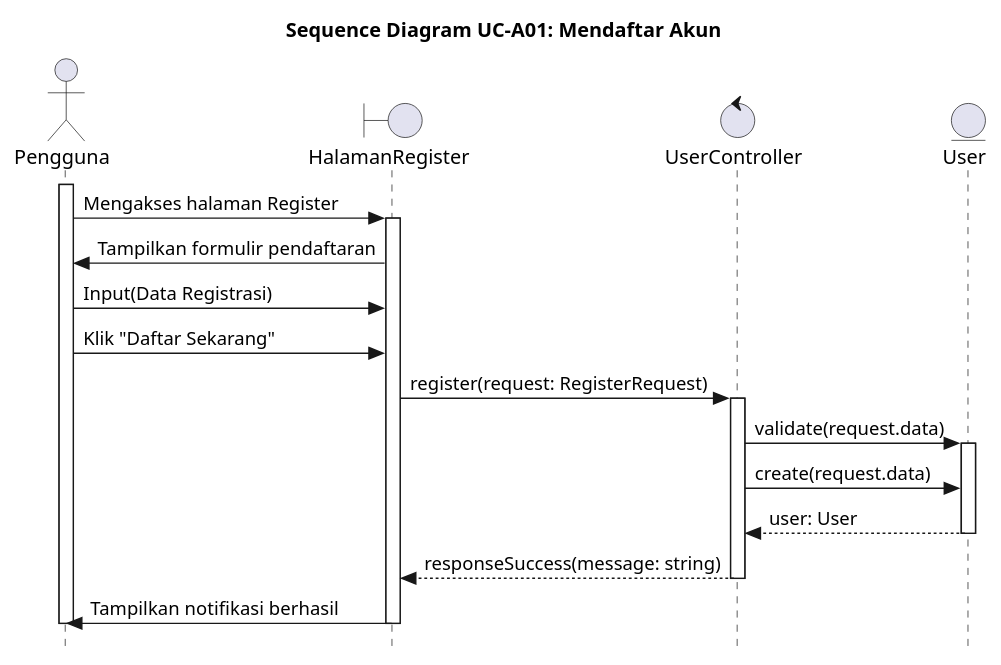
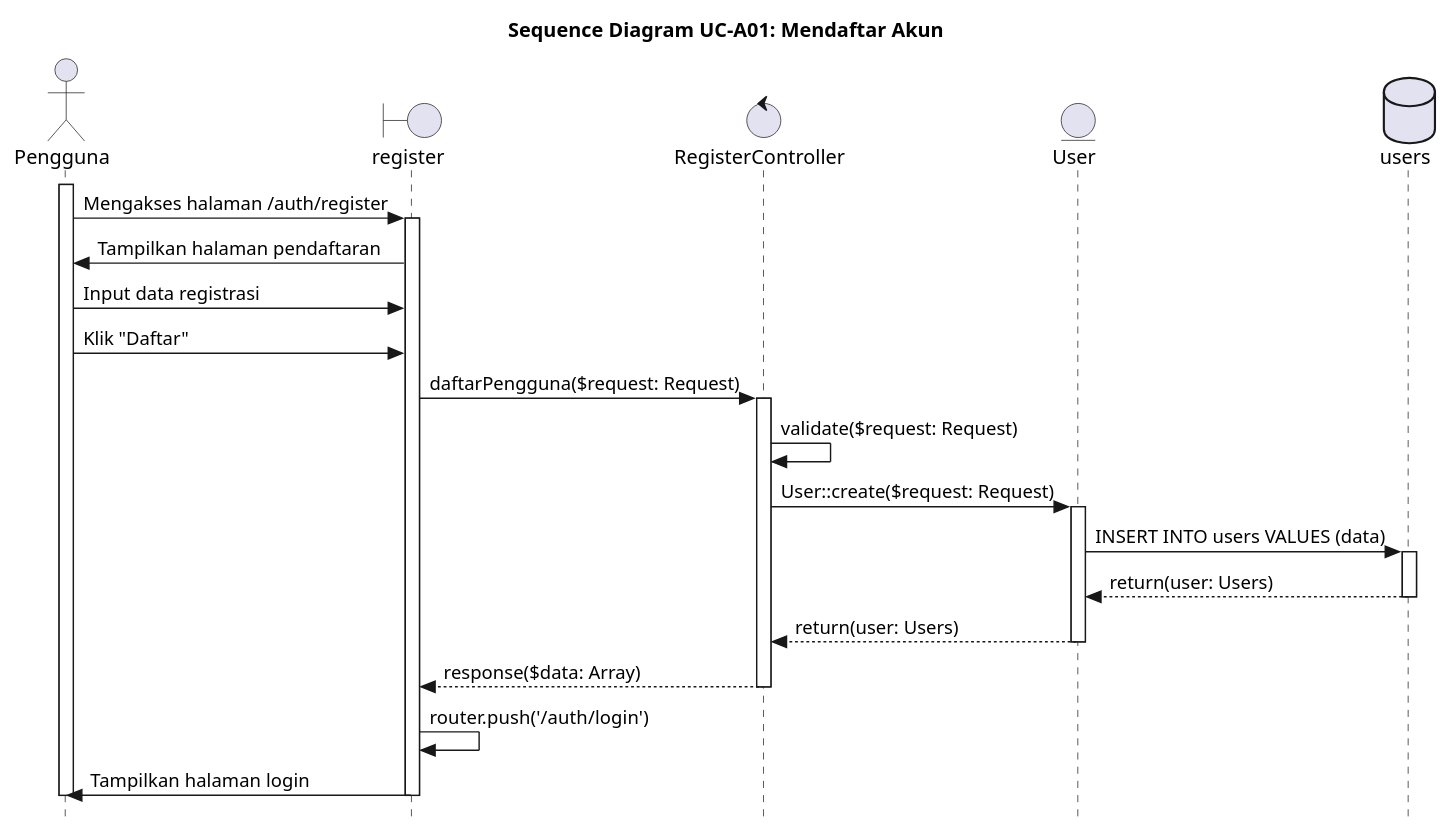
One commit to alfiahnurfa/RSI-PROYEK-AKHIR-SEQUENCE changed the diagram in UC-A01.PUML. Above: the diagram before and after it, drawn with PlantUML. The commit also changed 2 other files, not shown here.

```diff
--- a/UC-A01.PUML
+++ b/UC-A01.PUML
@@ -1,38 +1,47 @@
 @startuml SD-UC-A01_MendaftarAkun
 title Sequence Diagram UC-A01: Mendaftar Akun
 skinparam style strictuml
 
 actor Pengguna
-boundary HalamanRegister
-control UserController
+boundary register
+control RegisterController
 entity User
+database users
 
 activate Pengguna
-Pengguna -> HalamanRegister : Mengakses halaman Register
-activate HalamanRegister
+Pengguna -> register : Mengakses halaman /auth/register
+activate register
 
-HalamanRegister -> Pengguna : Tampilkan formulir pendaftaran
+register -> Pengguna : Tampilkan halaman pendaftaran
 
-Pengguna -> HalamanRegister : Input(Data Registrasi)
+Pengguna -> register : Input data registrasi
 
-Pengguna -> HalamanRegister : Klik "Daftar Sekarang"
+Pengguna -> register : Klik "Daftar"
 
-HalamanRegister -> UserController : register(request: RegisterRequest)
-activate UserController
+register -> RegisterController : daftarPengguna($request: Request)
+activate RegisterController
 
-UserController -> User : validate(request.data)
+RegisterController -> RegisterController : validate($request: Request)
+
+RegisterController -> User : User::create($request: Request)
 activate User
 
-UserController -> User : create(request.data)
+User -> users : INSERT INTO users VALUES (data)
+activate users
 
-User --> UserController : user: User
+users --> User : return(user: Users)
+deactivate users
+
+User --> RegisterController : return(user: Users)
 deactivate User
 
-UserController --> HalamanRegister : responseSuccess(message: string)
-deactivate UserController
-    
-HalamanRegister -> Pengguna : Tampilkan notifikasi berhasil
-deactivate HalamanRegister
+RegisterController --> register : response($data: Array)
+deactivate RegisterController
+
+register -> register : router.push('/auth/login')
+
+register -> Pengguna : Tampilkan halaman login
+deactivate register
 deactivate Pengguna
 
 @enduml
```
